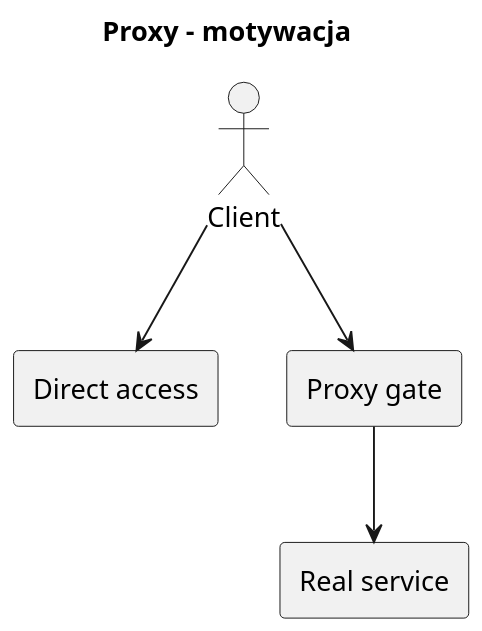
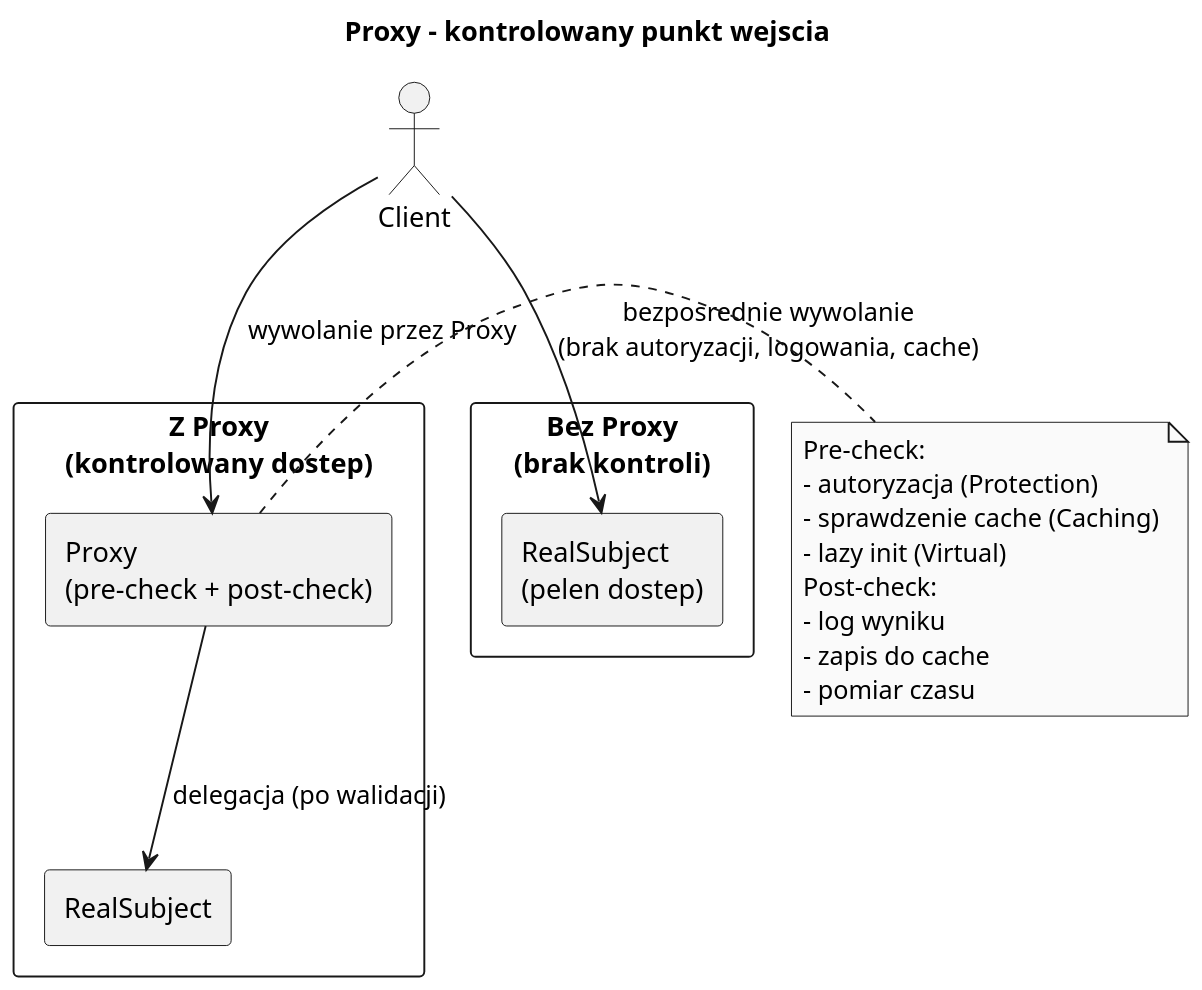
One commit to tborzyszkowski/DesignPatterns changed the diagram in src/10-proxy/01-idea-i-kontekst/diagrams/01-proxy-motivation.puml. Above: the diagram before and after it, drawn with PlantUML. The commit also changed 7 other files, not shown here.

```diff
--- a/src/10-proxy/01-idea-i-kontekst/diagrams/01-proxy-motivation.puml
+++ b/src/10-proxy/01-idea-i-kontekst/diagrams/01-proxy-motivation.puml
@@ -1,16 +1,33 @@
 @startuml proxy_motivation
-title Proxy - motywacja
+title Proxy - kontrolowany punkt wejscia
 
 skinparam monochrome true
 skinparam dpi 150
 
 actor Client
-rectangle "Direct access" as Direct
-rectangle "Proxy gate" as Gate
-rectangle "Real service" as Real
 
-Client --> Direct
-Client --> Gate
-Gate --> Real
+rectangle "Bez Proxy\n(brak kontroli)" as NP {
+    rectangle "RealSubject\n(pelen dostep)" as RS1
+}
+
+rectangle "Z Proxy\n(kontrolowany dostep)" as WP {
+    rectangle "Proxy\n(pre-check + post-check)" as P
+    rectangle "RealSubject" as RS2
+}
+
+Client --> RS1 : bezposrednie wywolanie\n(brak autoryzacji, logowania, cache)
+Client --> P   : wywolanie przez Proxy
+P --> RS2      : delegacja (po walidacji)
+
+note right of P
+  Pre-check:
+  - autoryzacja (Protection)
+  - sprawdzenie cache (Caching)
+  - lazy init (Virtual)
+  Post-check:
+  - log wyniku
+  - zapis do cache
+  - pomiar czasu
+end note
 
 @enduml
```
